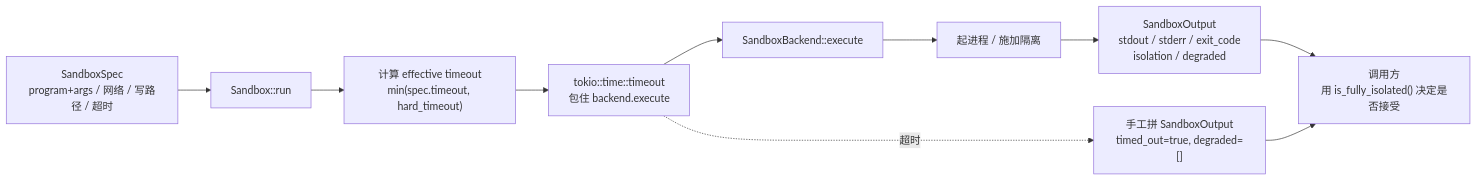
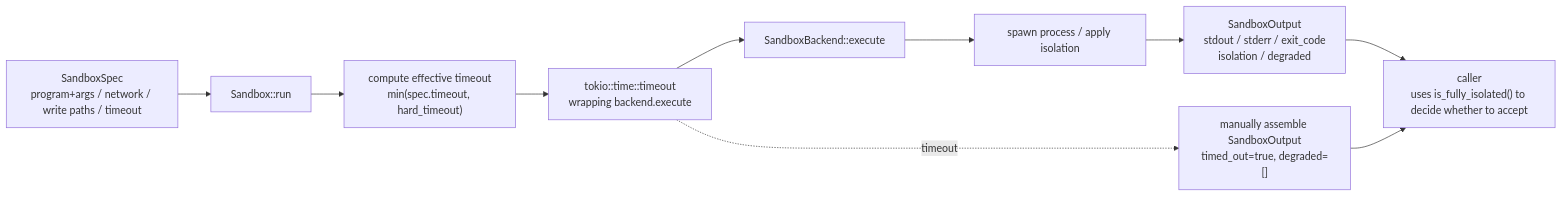
Before and after one commit to Seann0824/Shirley: the second of 2 diagrams in docs/sandbox.md, drawn with Mermaid. The commit also changed other lines of this file and 131 other files, not shown here.

````diff
--- a/docs/sandbox.md
+++ b/docs/sandbox.md
@@ -57,12 +57,12 @@
 ```mermaid
 flowchart LR
-    S["SandboxSpec<br/>program+args / 网络 / 写路径 / 超时"] --> RUN["Sandbox::run"]
-    RUN --> CLAMP["计算 effective timeout<br/>min(spec.timeout, hard_timeout)"]
-    CLAMP --> WRAP["tokio::time::timeout<br/>包住 backend.execute"]
+    S["SandboxSpec<br/>program+args / network / write paths / timeout"] --> RUN["Sandbox::run"]
+    RUN --> CLAMP["compute effective timeout<br/>min(spec.timeout, hard_timeout)"]
+    CLAMP --> WRAP["tokio::time::timeout<br/>wrapping backend.execute"]
     WRAP --> BE["SandboxBackend::execute"]
-    BE --> PROC["起进程 / 施加隔离"]
+    BE --> PROC["spawn process / apply isolation"]
     PROC --> OUT["SandboxOutput<br/>stdout / stderr / exit_code<br/>isolation / degraded"]
-    WRAP -.->|超时| TO["手工拼 SandboxOutput<br/>timed_out=true, degraded=[]"]
-    OUT --> CALLER["调用方<br/>用 is_fully_isolated() 决定是否接受"]
+    WRAP -.->|timeout| TO["manually assemble SandboxOutput<br/>timed_out=true, degraded=[]"]
+    OUT --> CALLER["caller<br/>uses is_fully_isolated() to decide whether to accept"]
     TO --> CALLER
 ```
````
